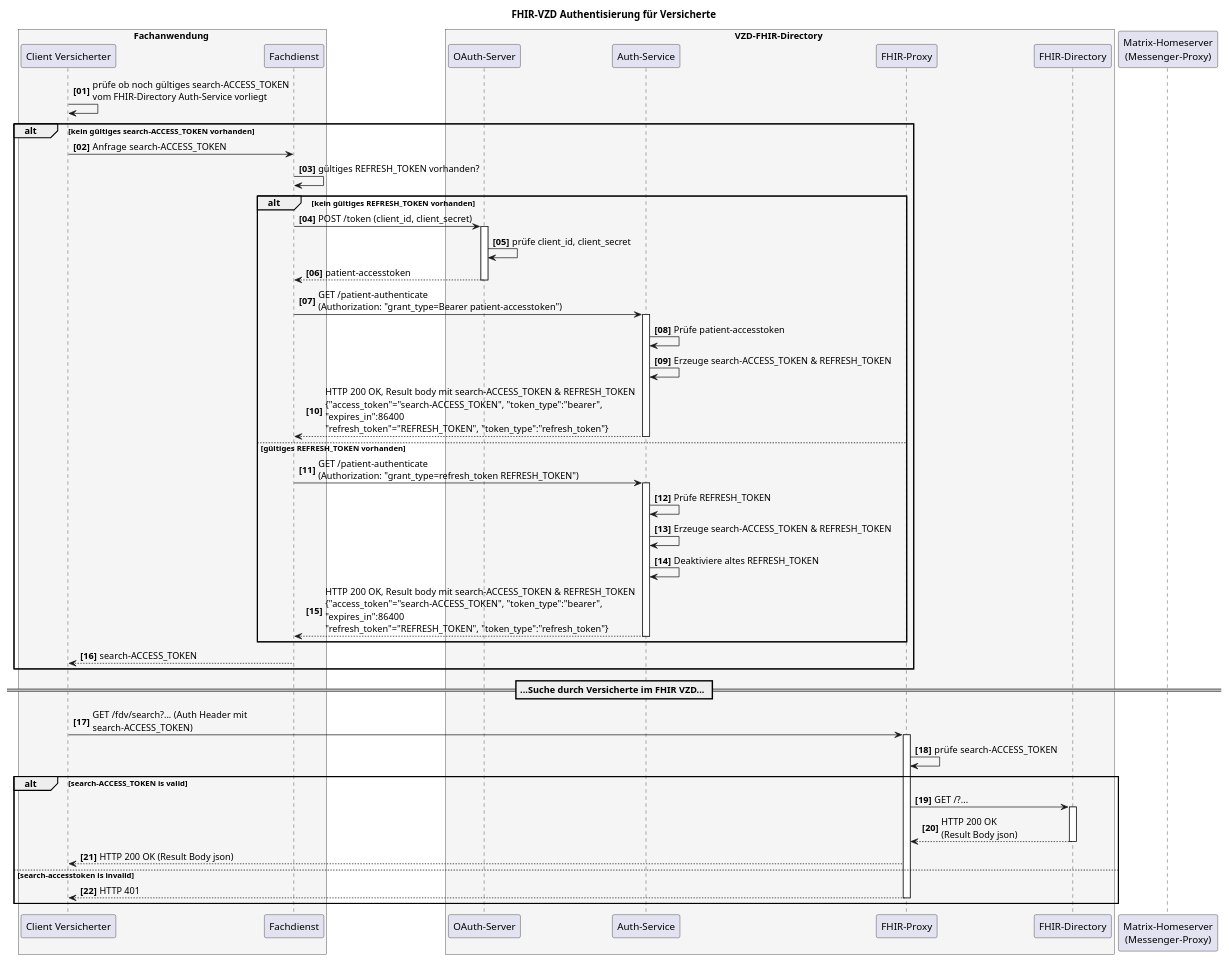
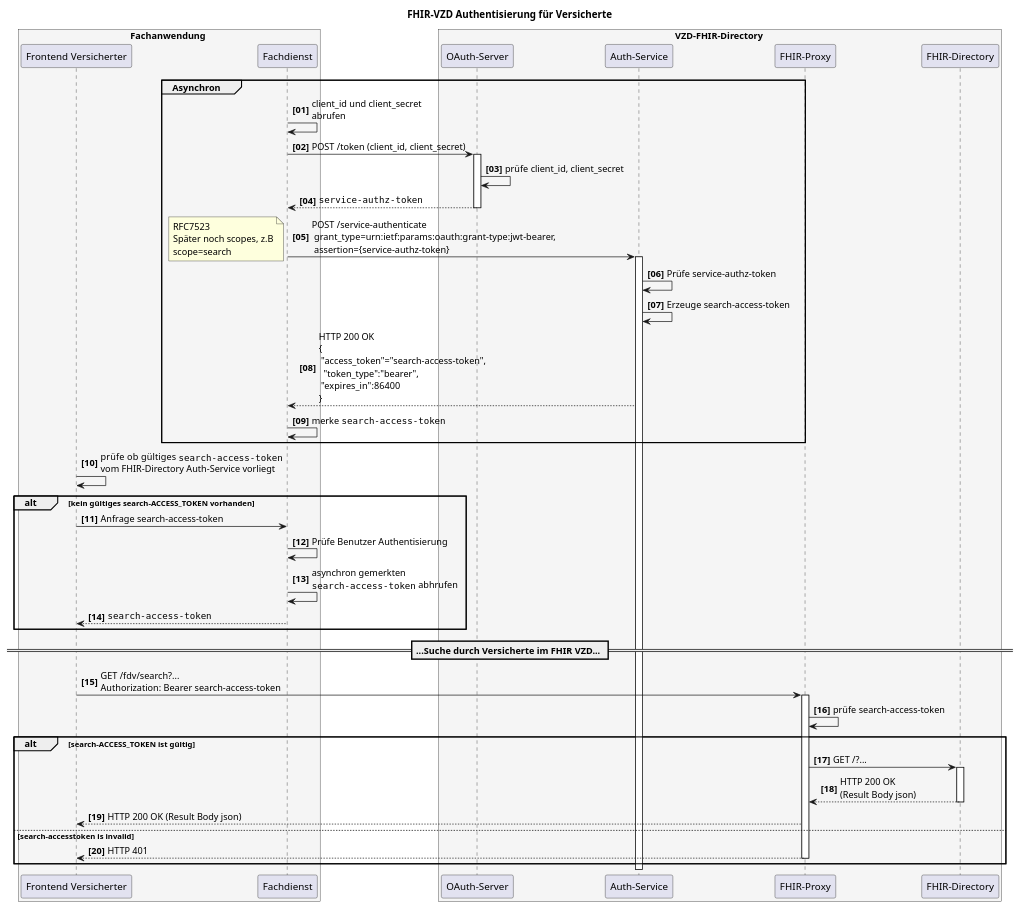
One commit to gematik/api-vzd changed the diagram in src/plantuml/SequenceDiagram.FHIR-Directory.fdv.search.puml. Above: the diagram before and after it, drawn with PlantUML. The commit also changed 1 other file, not shown here.

```diff
--- a/src/plantuml/SequenceDiagram.FHIR-Directory.fdv.search.puml
+++ b/src/plantuml/SequenceDiagram.FHIR-Directory.fdv.search.puml
@@ -1,72 +1,73 @@
 @startuml
 autonumber 1 1 "<b>[00]"
 title "FHIR-VZD Authentisierung für Versicherte"
 
 
 box Fachanwendung #WhiteSmoke
-    participant VClient as "Client Versicherter"
+    participant VClient as "Frontend Versicherter"
     participant FDienst as "Fachdienst"
 end box
 
 box VZD-FHIR-Directory #WhiteSmoke
     participant "OAuth-Server" as VzdOAuth
     participant "Auth-Service" as VzdAuth
     participant fp as "FHIR-Proxy"
     participant fd as "FHIR-Directory"
 end box
 
-participant hs as "Matrix-Homeserver\n(Messenger-Proxy)"
 
-VClient-> VClient: prüfe ob noch gültiges search-ACCESS_TOKEN\nvom FHIR-Directory Auth-Service vorliegt
+group Asynchron
+
+FDienst -> FDienst: client_id und client_secret\nabrufen
+FDienst ->VzdOAuth++: POST /token (client_id, client_secret)
+VzdOAuth->VzdOAuth: prüfe client_id, client_secret
+VzdOAuth-->FDienst--: ""service-authz-token""
+
+FDienst->VzdAuth++: POST /service-authenticate \n grant_type=urn:ietf:params:oauth:grant-type:jwt-bearer,\n assertion={service-authz-token}
+
+note left
+RFC7523
+Später noch scopes, z.B
+scope=search
+end note
+
+VzdAuth->VzdAuth: Prüfe service-authz-token
+
+VzdAuth->VzdAuth: Erzeuge search-access-token
+VzdAuth-->FDienst: HTTP 200 OK\n{\n "access_token"="search-access-token",\n  "token_type":"bearer",\n "expires_in":86400\n}
+
+FDienst->FDienst: merke ""search-access-token""
+
+
+end
+
+VClient-> VClient: prüfe ob  gültiges ""search-access-token""\nvom FHIR-Directory Auth-Service vorliegt
+
 
 alt kein gültiges search-ACCESS_TOKEN vorhanden
-   VClient-> FDienst: Anfrage search-ACCESS_TOKEN
+   VClient-> FDienst: Anfrage search-access-token
 
-   FDienst->FDienst: gültiges REFRESH_TOKEN vorhanden?
+   FDienst->FDienst: Prüfe Benutzer Authentisierung
+   FDienst->FDienst: asynchron gemerkten\n""search-access-token"" abhrufen
 
-  alt kein gültiges REFRESH_TOKEN vorhanden
-     FDienst ->VzdOAuth++: POST /token (client_id, client_secret)
-     VzdOAuth->VzdOAuth: prüfe client_id, client_secret
-     VzdOAuth-->FDienst: patient-accesstoken
-     deactivate VzdOAuth
-
-     FDienst->VzdAuth++: GET /patient-authenticate \n(Authorization: "grant_type=Bearer patient-accesstoken")
-
-     VzdAuth->VzdAuth: Prüfe patient-accesstoken
-
-     VzdAuth->VzdAuth: Erzeuge search-ACCESS_TOKEN & REFRESH_TOKEN
-     VzdAuth-->FDienst: HTTP 200 OK, Result body mit search-ACCESS_TOKEN & REFRESH_TOKEN\n{"access_token"="search-ACCESS_TOKEN", "token_type":"bearer",\n"expires_in":86400\n"refresh_token"="REFRESH_TOKEN", "token_type":"refresh_token"}
-     deactivate VzdAuth
-
- else gültiges REFRESH_TOKEN vorhanden
-     FDienst->VzdAuth++: GET /patient-authenticate \n(Authorization: "grant_type=refresh_token REFRESH_TOKEN")
-
-     VzdAuth->VzdAuth: Prüfe REFRESH_TOKEN
-
-     VzdAuth->VzdAuth: Erzeuge search-ACCESS_TOKEN & REFRESH_TOKEN
-     VzdAuth->VzdAuth: Deaktiviere altes REFRESH_TOKEN
-     VzdAuth-->FDienst: HTTP 200 OK, Result body mit search-ACCESS_TOKEN & REFRESH_TOKEN\n{"access_token"="search-ACCESS_TOKEN", "token_type":"bearer",\n"expires_in":86400\n"refresh_token"="REFRESH_TOKEN", "token_type":"refresh_token"}
-     deactivate VzdAuth
- end
-
-   FDienst-->VClient: search-ACCESS_TOKEN
+   FDienst-->VClient: ""search-access-token""
 end
 
 == ...Suche durch Versicherte im FHIR VZD... ==
 
-VClient -> fp: GET /fdv/search?... (Auth Header mit\nsearch-ACCESS_TOKEN)
+VClient -> fp: GET /fdv/search?... \nAuthorization: Bearer search-access-token
 activate fp
-fp -> fp: prüfe search-ACCESS_TOKEN
+fp -> fp: prüfe search-access-token
 
-alt search-ACCESS_TOKEN is valid
+alt search-ACCESS_TOKEN ist gültig
    fp -> fd: GET /?...
    activate fd
    fd --> fp: HTTP 200 OK\n(Result Body json)
    deactivate fd
    fp --> VClient : HTTP 200 OK (Result Body json)
  else search-accesstoken is invalid
    fp --> VClient : HTTP 401
    deactivate fp
 end
 
 @enduml
```
